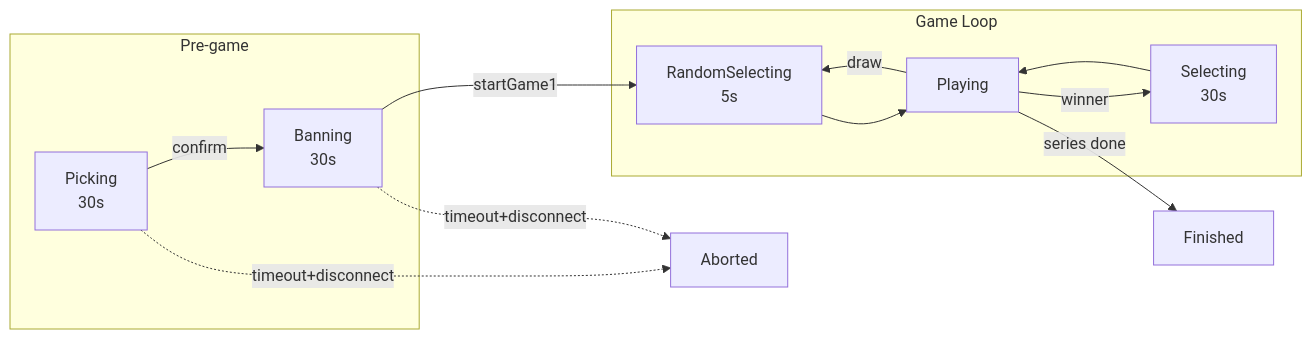
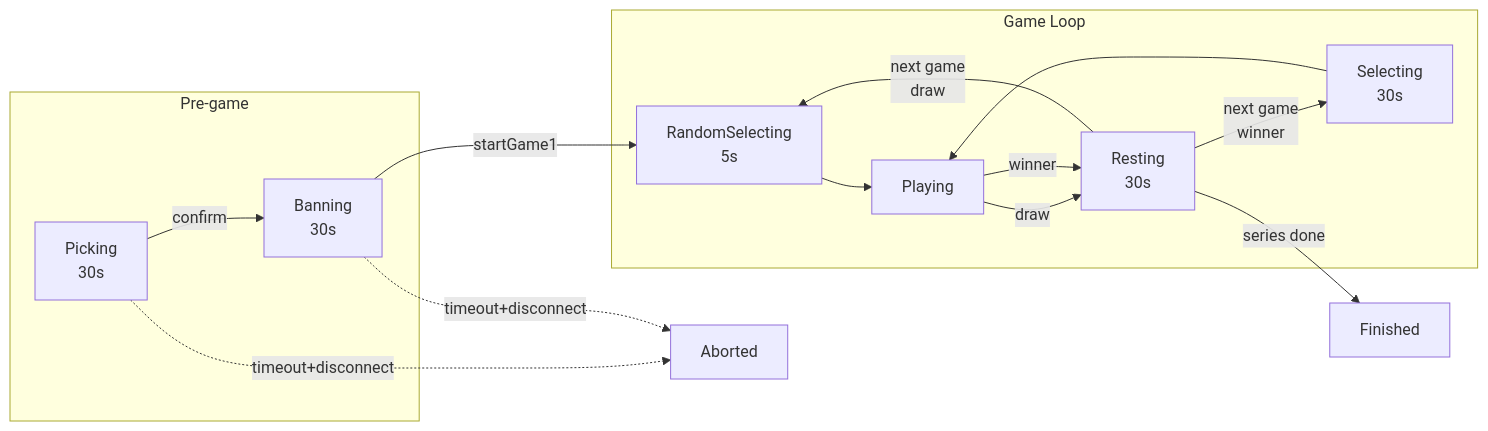
Before and after one commit to Ootzk/chess-opening-duel: the first of 2 diagrams in CLAUDE.md, drawn with Mermaid. The commit also changed other lines of this file and 3 other files, not shown here.

First line of the commit message:
Add Resting phase after last series game (#49)

````diff
--- a/CLAUDE.md
+++ b/CLAUDE.md
@@ -38,19 +39,21 @@
 ```mermaid
 flowchart LR
     subgraph Pre["Pre-game"]
         PICK[Picking<br/>30s] -->|confirm| BAN[Banning<br/>30s]
     end
 
     subgraph Game["Game Loop"]
         RS[RandomSelecting<br/>5s] --> PLAY[Playing]
-        PLAY -->|draw| RS
-        PLAY -->|winner| SEL[Selecting<br/>30s]
+        PLAY -->|draw| REST[Resting<br/>30s]
+        PLAY -->|winner| REST
+        REST -->|next game<br/>draw| RS
+        REST -->|next game<br/>winner| SEL[Selecting<br/>30s]
         SEL --> PLAY
     end
 
     BAN -->|startGame1| RS
-    PLAY -->|series done| FIN[Finished]
+    REST -->|series done| FIN[Finished]
 
     PICK -.->|timeout+disconnect| ABORT[Aborted]
     BAN -.->|timeout+disconnect| ABORT
 ```
````
